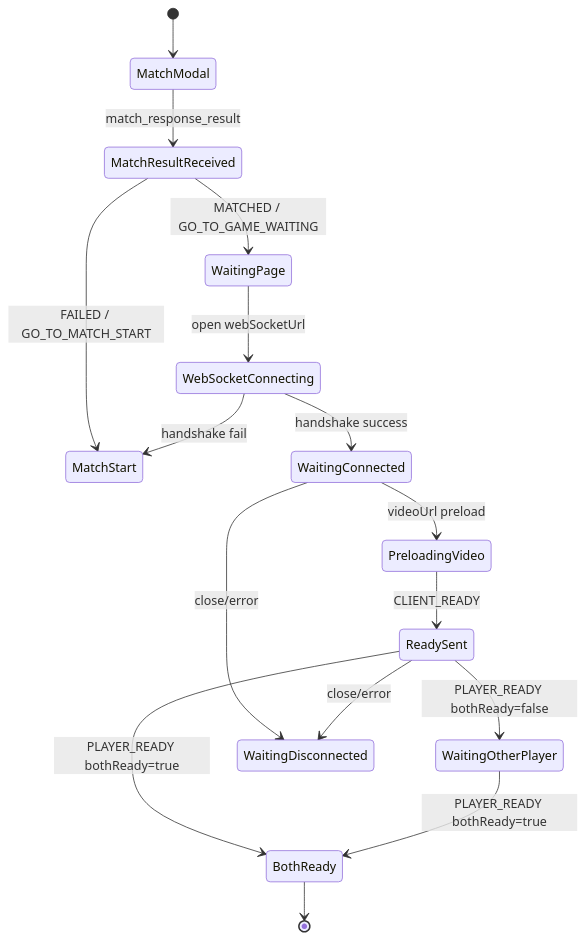
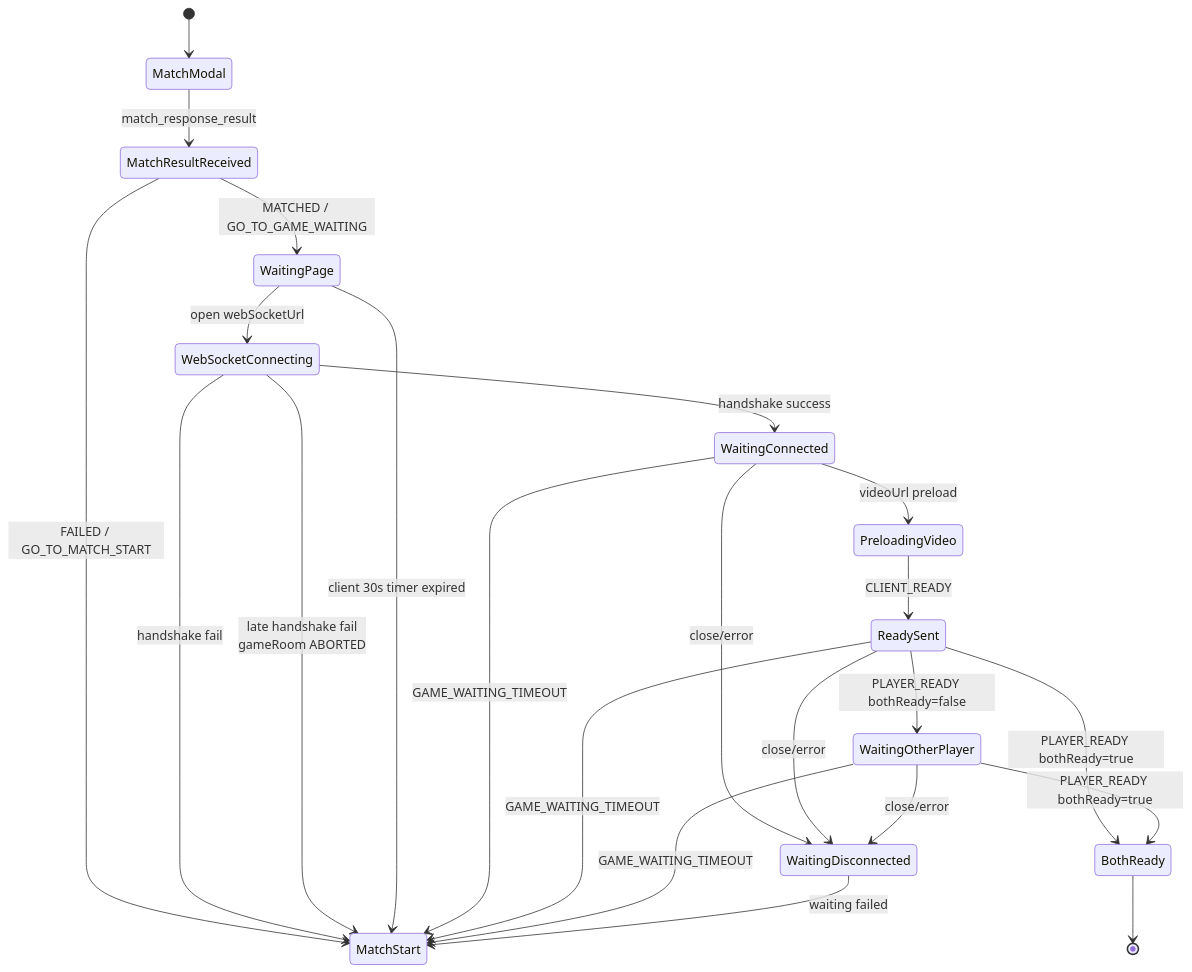
One commit to moonwhistle/League-of-Star changed diagram 11 of 11 in docs/project/websocket client.md. Above: the diagram before and after it, drawn with Mermaid. The commit also changed other lines of this file and 6 other files, not shown here.

````diff
--- a/docs/project/websocket client.md
+++ b/docs/project/websocket client.md
@@ -362,18 +414,25 @@
 ```mermaid
 stateDiagram-v2
     [*] --> MatchModal
     MatchModal --> MatchResultReceived: match_response_result
     MatchResultReceived --> MatchStart: FAILED / GO_TO_MATCH_START
     MatchResultReceived --> WaitingPage: MATCHED / GO_TO_GAME_WAITING
     WaitingPage --> WebSocketConnecting: open webSocketUrl
     WebSocketConnecting --> WaitingConnected: handshake success
     WebSocketConnecting --> MatchStart: handshake fail
     WaitingConnected --> PreloadingVideo: videoUrl preload
     PreloadingVideo --> ReadySent: CLIENT_READY
     ReadySent --> WaitingOtherPlayer: PLAYER_READY bothReady=false
     ReadySent --> BothReady: PLAYER_READY bothReady=true
     WaitingOtherPlayer --> BothReady: PLAYER_READY bothReady=true
+    WebSocketConnecting --> MatchStart: late handshake fail<br/>gameRoom ABORTED
+    WaitingPage --> MatchStart: client 30s timer expired
+    WaitingConnected --> MatchStart: GAME_WAITING_TIMEOUT
+    ReadySent --> MatchStart: GAME_WAITING_TIMEOUT
+    WaitingOtherPlayer --> MatchStart: GAME_WAITING_TIMEOUT
     WaitingConnected --> WaitingDisconnected: close/error
     ReadySent --> WaitingDisconnected: close/error
+    WaitingOtherPlayer --> WaitingDisconnected: close/error
+    WaitingDisconnected --> MatchStart: waiting failed
     BothReady --> [*]
 ```
````
